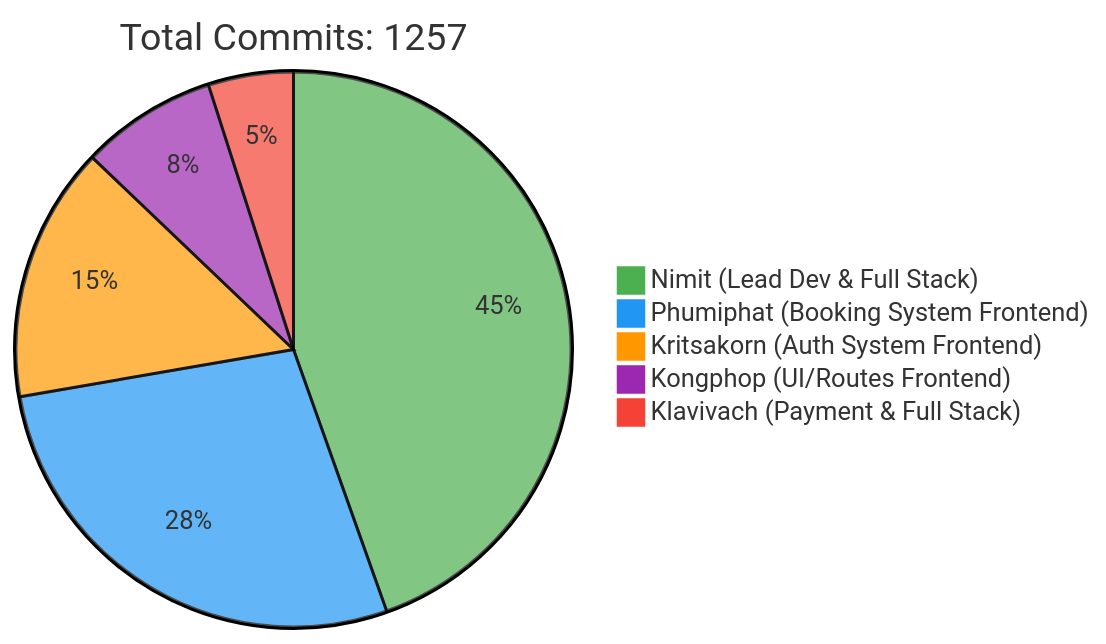
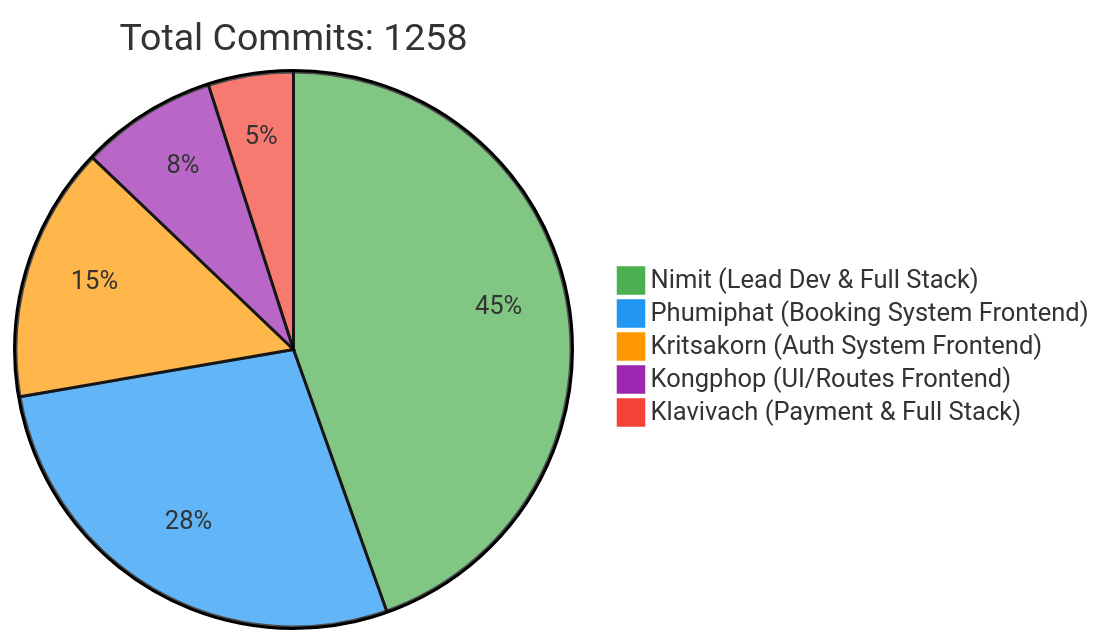
One commit to 6531503042/Sport-Complex changed the first of 2 diagrams in README.md. Above: the diagram before and after it, drawn with Mermaid. The commit also changed other lines of this file, not shown here.

Commit message:
docs: Update contributor statistics [skip ci]

````diff
--- a/README.md
+++ b/README.md
@@ -257,10 +257,10 @@
 ```mermaid
 %%{init: {'theme': 'base', 'themeVariables': { 'pie1': '#4CAF50', 'pie2': '#2196F3', 'pie3': '#FF9800', 'pie4': '#9C27B0', 'pie5': '#F44336'}}}%%
 pie
-    title Total Commits: 1257
+    title Total Commits: 1258
     "Nimit (Lead Dev & Full Stack)" : 450
     "Phumiphat (Booking System Frontend)" : 280
     "Kritsakorn (Auth System Frontend)" : 150
     "Kongphop (UI/Routes Frontend)" : 80
     "Klavivach (Payment & Full Stack)" : 50
 ```
````
